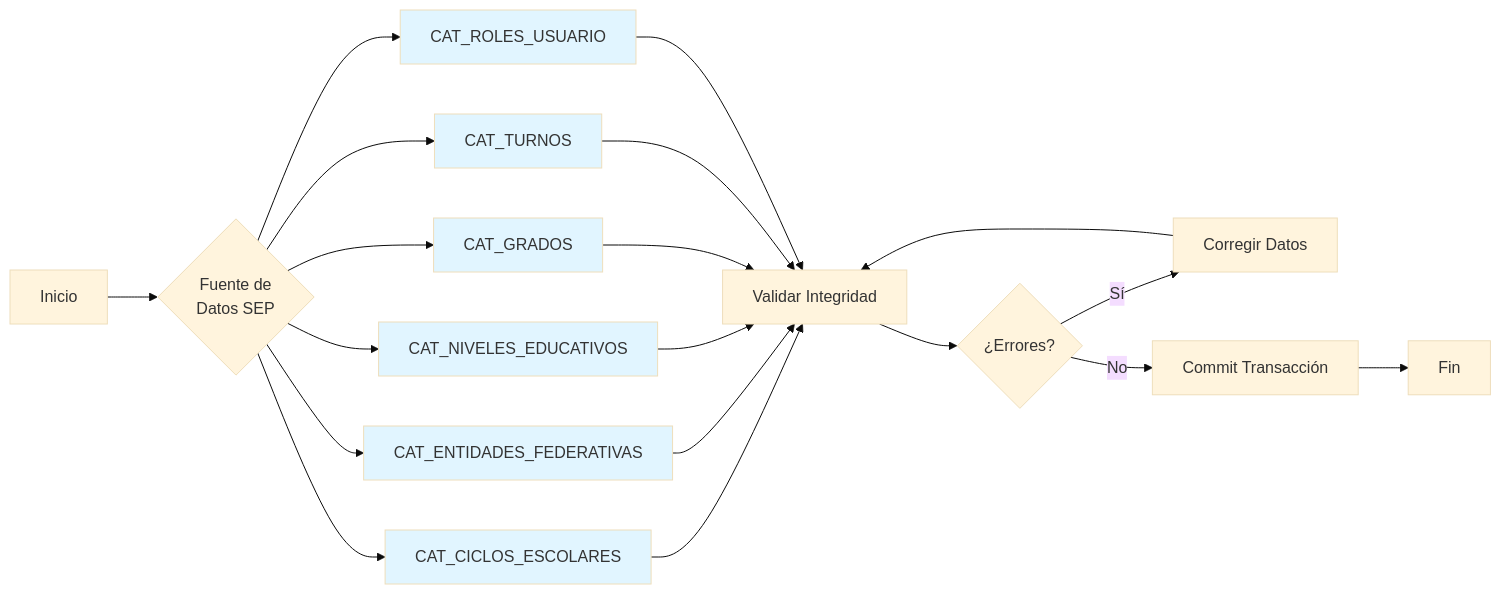
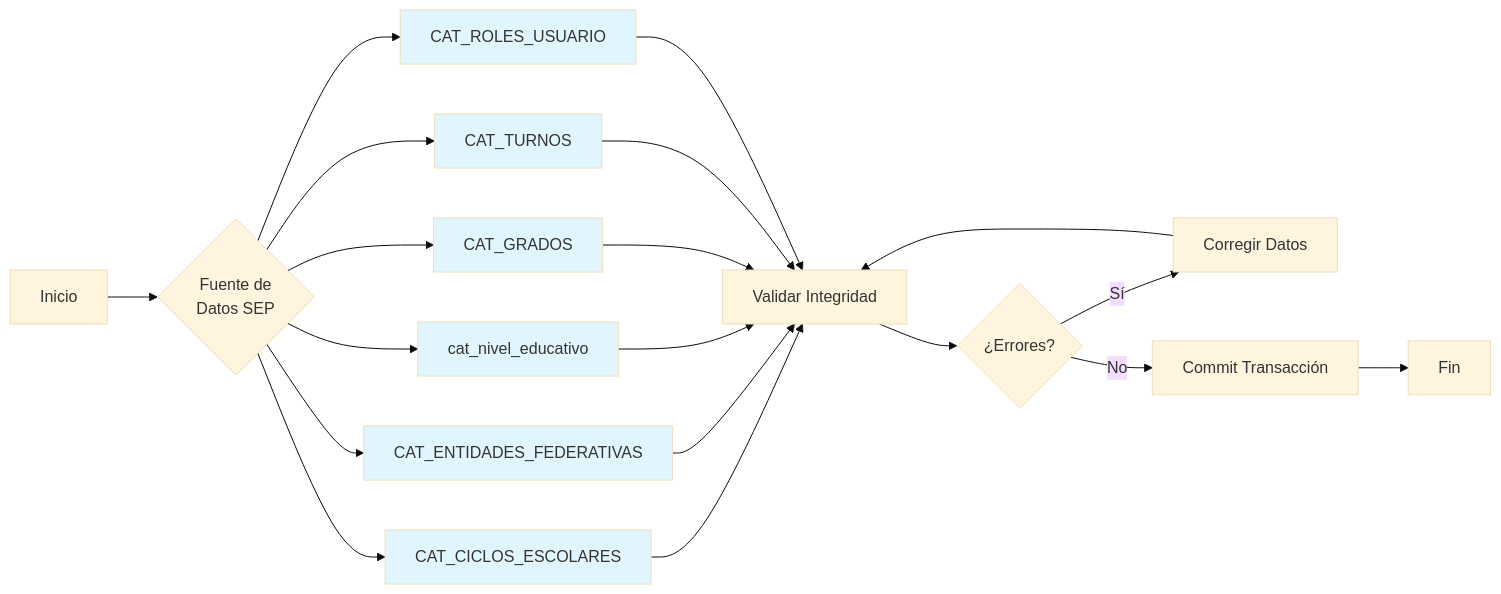
One commit to dleonsystem/sep_evaluacion_diagnostica changed the third of 18 diagrams in FLUJO_DE_DATOS_COMPLETO.md. Above: the diagram before and after it, drawn with Mermaid (base theme). The commit also changed other lines of this file and 2 other files, not shown here.

````diff
--- a/FLUJO_DE_DATOS_COMPLETO.md
+++ b/FLUJO_DE_DATOS_COMPLETO.md
@@ -209,30 +224,30 @@
 ```mermaid
 graph LR
     A[Inicio] --> B{Fuente de<br/>Datos SEP}
     B --> C[CAT_CICLOS_ESCOLARES]
     B --> D[CAT_ENTIDADES_FEDERATIVAS]
-    B --> E[CAT_NIVELES_EDUCATIVOS]
+    B --> E[cat_nivel_educativo]
     B --> F[CAT_GRADOS]
     B --> G[CAT_TURNOS]
     B --> H[CAT_ROLES_USUARIO]
     
     C --> I[Validar Integridad]
     D --> I
     E --> I
     F --> I
     G --> I
     H --> I
     
     I --> J{¿Errores?}
     J -->|Sí| K[Corregir Datos]
     K --> I
     J -->|No| L[Commit Transacción]
     L --> M[Fin]
     
     style C fill:#e1f5ff
     style D fill:#e1f5ff
     style E fill:#e1f5ff
     style F fill:#e1f5ff
     style G fill:#e1f5ff
     style H fill:#e1f5ff
 ```
````
